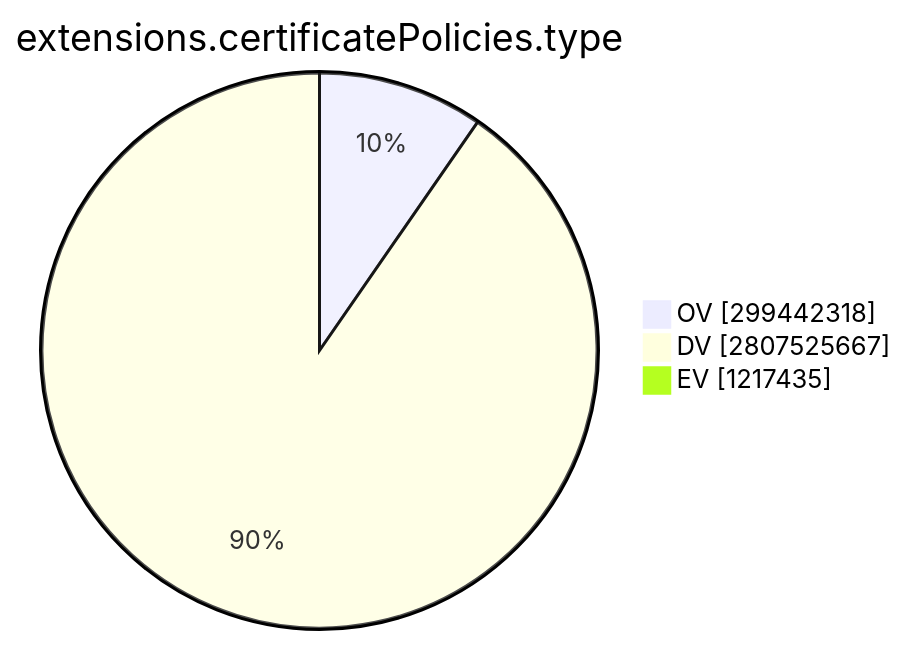
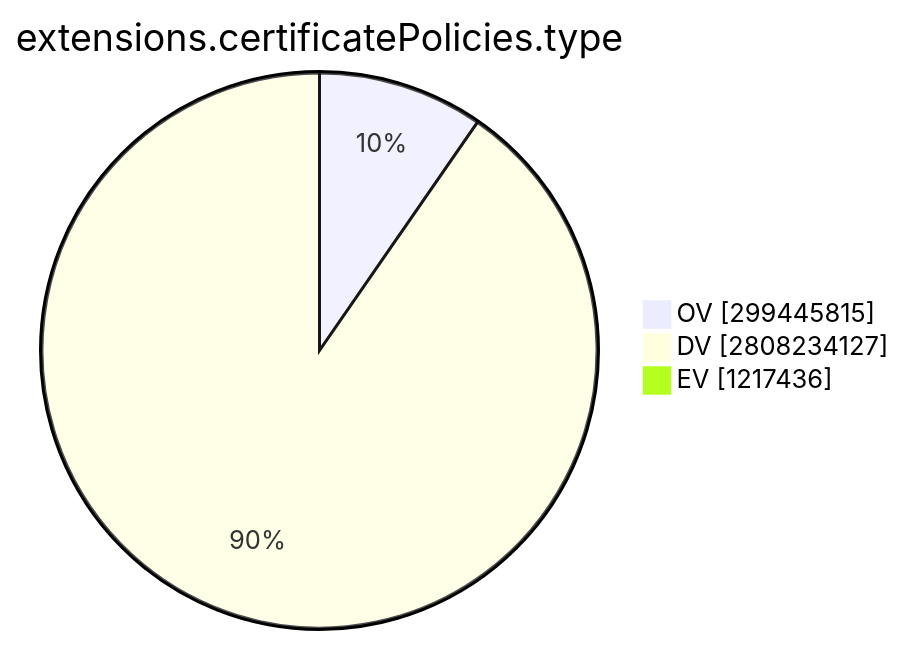
The ninth of 15 diagrams in TOTAL/README.md (christiankrug/ctmonitor_visualization), drawn with Mermaid before and after one commit. The commit also changed other lines of this file, not shown here.

````diff
--- a/TOTAL/README.md
+++ b/TOTAL/README.md
@@ -3101,7 +3101,7 @@
 ```mermaid
 pie showData
 title extensions.certificatePolicies.type
-"OV" :299442318
-"DV" :2807525667
-"EV" :1217435
+"OV" :299445815
+"DV" :2808234127
+"EV" :1217436
 ```
````
